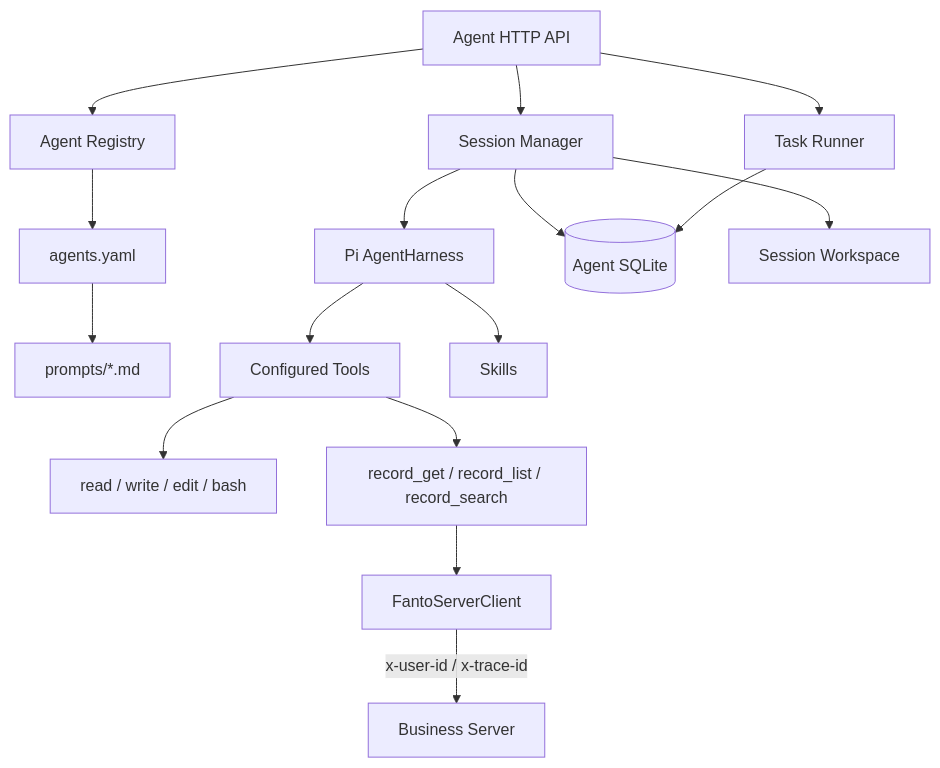
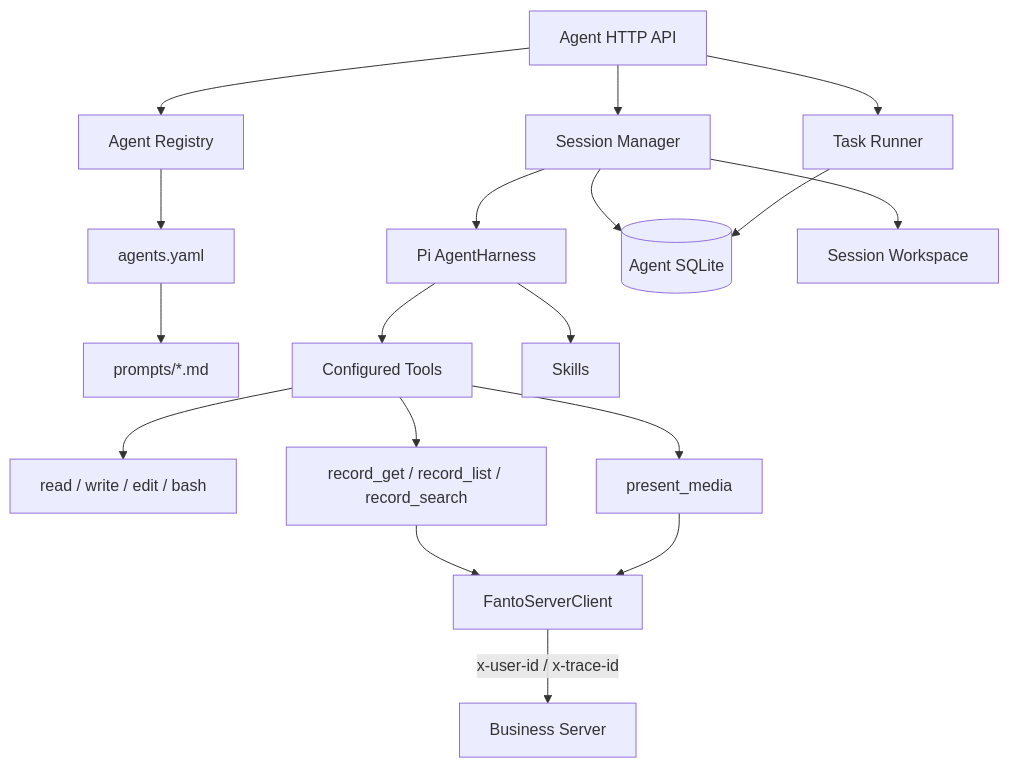
One commit to huiru-wang/fanto changed the diagram in docs/architecture/agent-runtime.md. Above: the diagram before and after it, drawn with Mermaid. The commit also changed other lines of this file and 31 other files, not shown here.

Commit message:
feat(agent): add media presentation flow

````diff
--- a/docs/architecture/agent-runtime.md
+++ b/docs/architecture/agent-runtime.md
@@ -7,18 +7,20 @@
 ```mermaid
 flowchart TD
   HTTP[Agent HTTP API] --> REG[Agent Registry]
   HTTP --> SM[Session Manager]
   HTTP --> TR[Task Runner]
   REG --> YAML[agents.yaml]
   YAML --> PROMPTS[prompts/*.md]
   SM --> PI[Pi AgentHarness]
   PI --> TOOLS[Configured Tools]
   TOOLS --> BUILTIN[read / write / edit / bash]
   TOOLS --> RECORD[record_get / record_list / record_search]
+  TOOLS --> PRESENT[present_media]
   RECORD --> FSC[FantoServerClient]
+  PRESENT --> FSC
   FSC -->|x-user-id / x-trace-id| SERVER[Business Server]
   PI --> SKILLS[Skills]
   SM --> DB[(Agent SQLite)]
   TR --> DB
   SM --> WS[Session Workspace]
 ```
````
